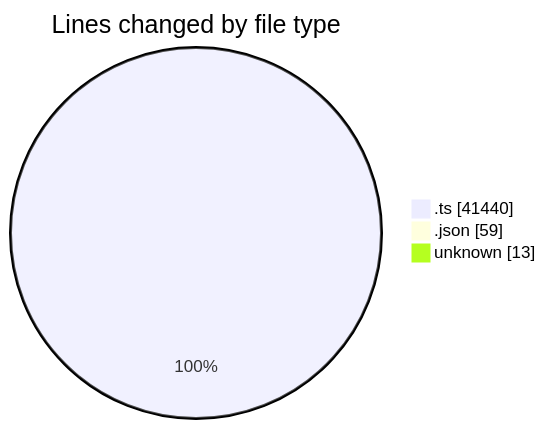
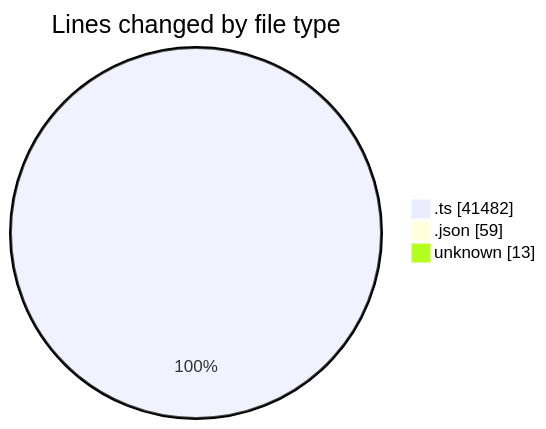
Before and after one commit to momahboobian/code-tracking: the first of 2 diagrams in 2025-09-09/cda/README.md, drawn with Mermaid. The commit also changed other lines of this file and 1 other file, not shown here.

````diff
--- a/2025-09-09/cda/README.md
+++ b/2025-09-09/cda/README.md
@@ -116,7 +116,7 @@
 ```mermaid
 pie showData
 title Lines changed by file type
-".ts" : 41440
+".ts" : 41482
 ".json" : 59
 "unknown" : 13
 ```
````
